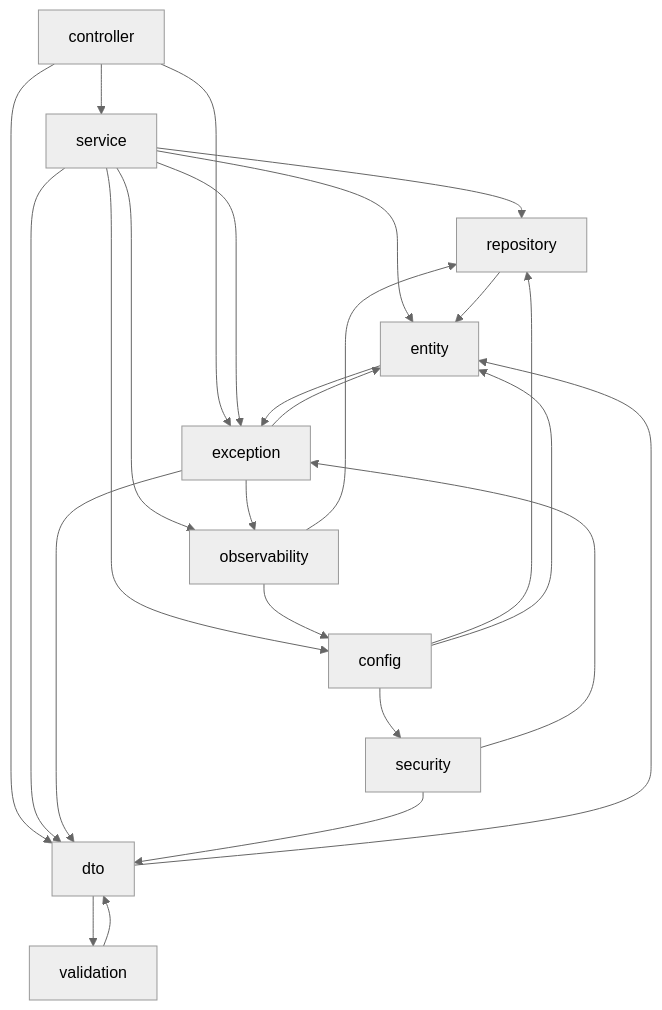
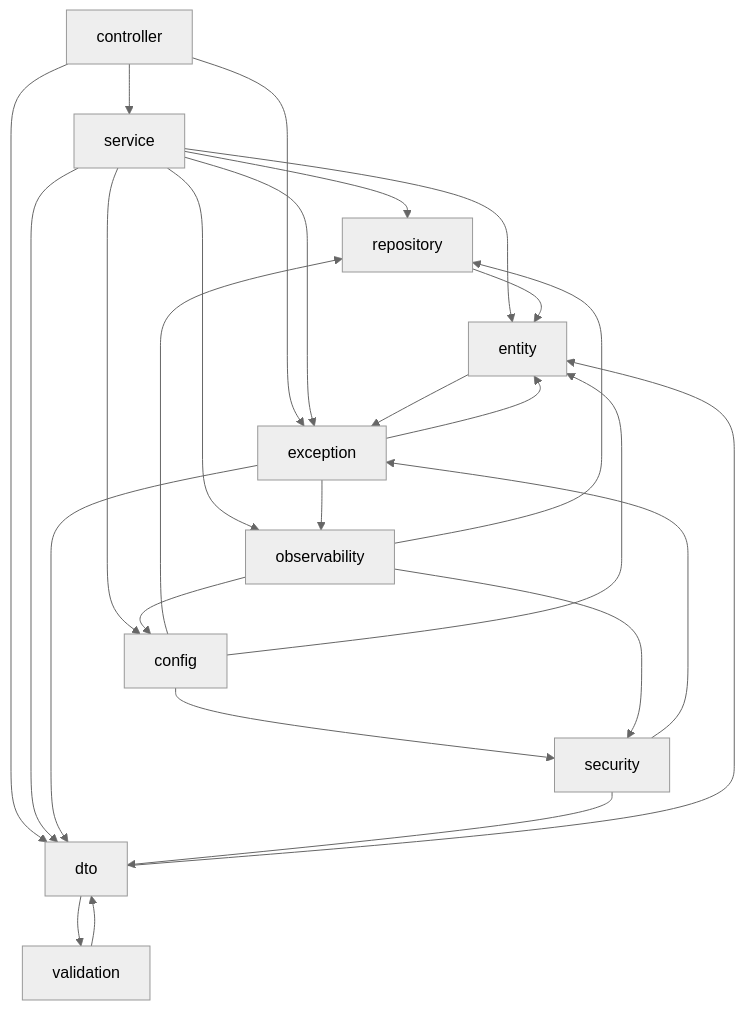
The sixth of 7 diagrams in doc/ARCHITECTURE.md (smit-lakhani-13/flight-ops-services), drawn with Mermaid (neutral theme) before and after one commit. The commit also changed other lines of this file and 17 other files, not shown here.

````diff
--- a/doc/ARCHITECTURE.md
+++ b/doc/ARCHITECTURE.md
@@ -611,27 +611,28 @@
 ```mermaid
 flowchart TD
     controller --> service
     controller --> dto
     controller --> exception
     service --> repository
     service --> entity
     service --> dto
     service --> exception
     service --> config
     service --> observability
     repository --> entity
     dto --> entity
     dto --> validation
     entity --> exception
     exception --> entity
     exception --> dto
     exception --> observability
     config --> repository
     config --> entity
     config --> security
     observability --> config
     observability --> repository
+    observability --> security
     security --> dto
     security --> exception
     validation --> dto
 ```
````
